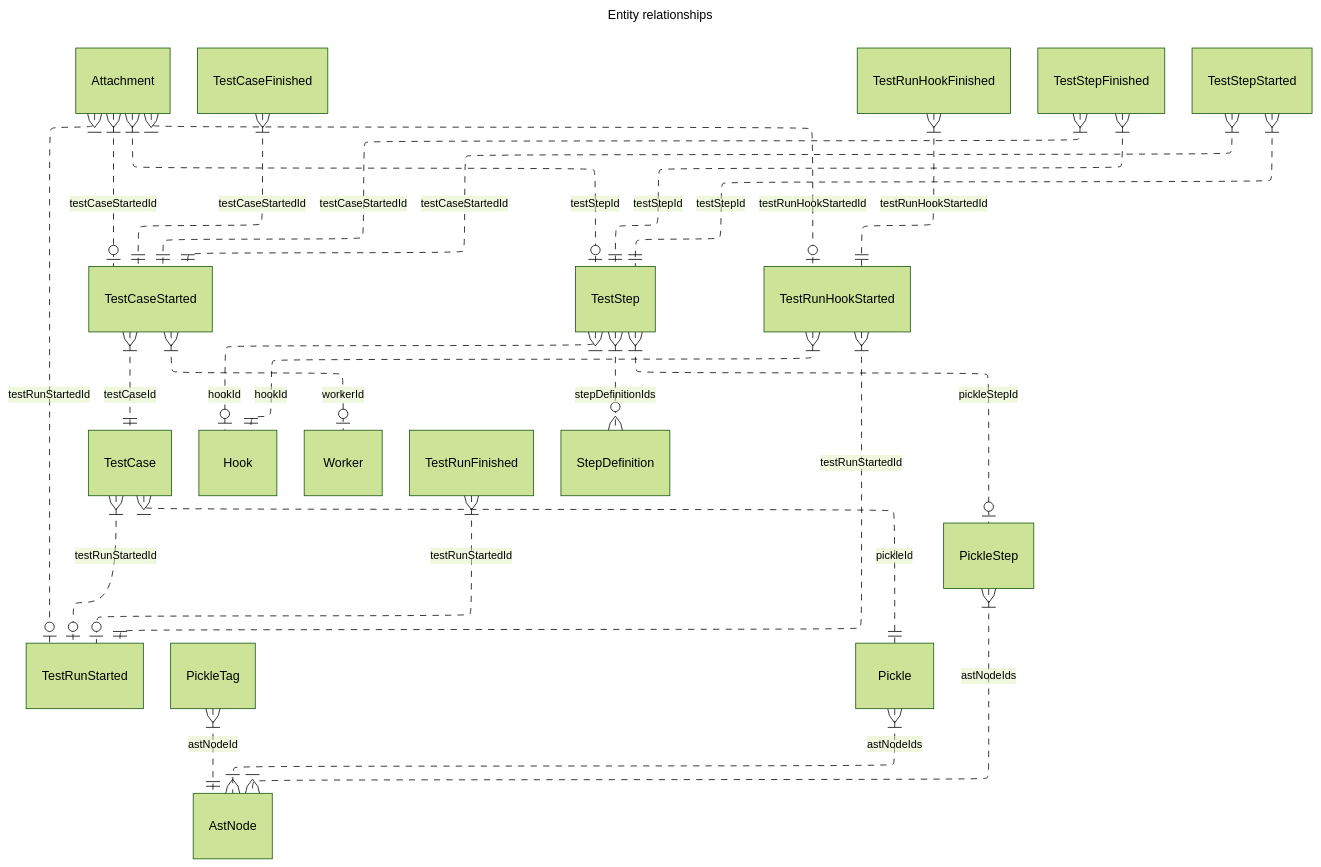
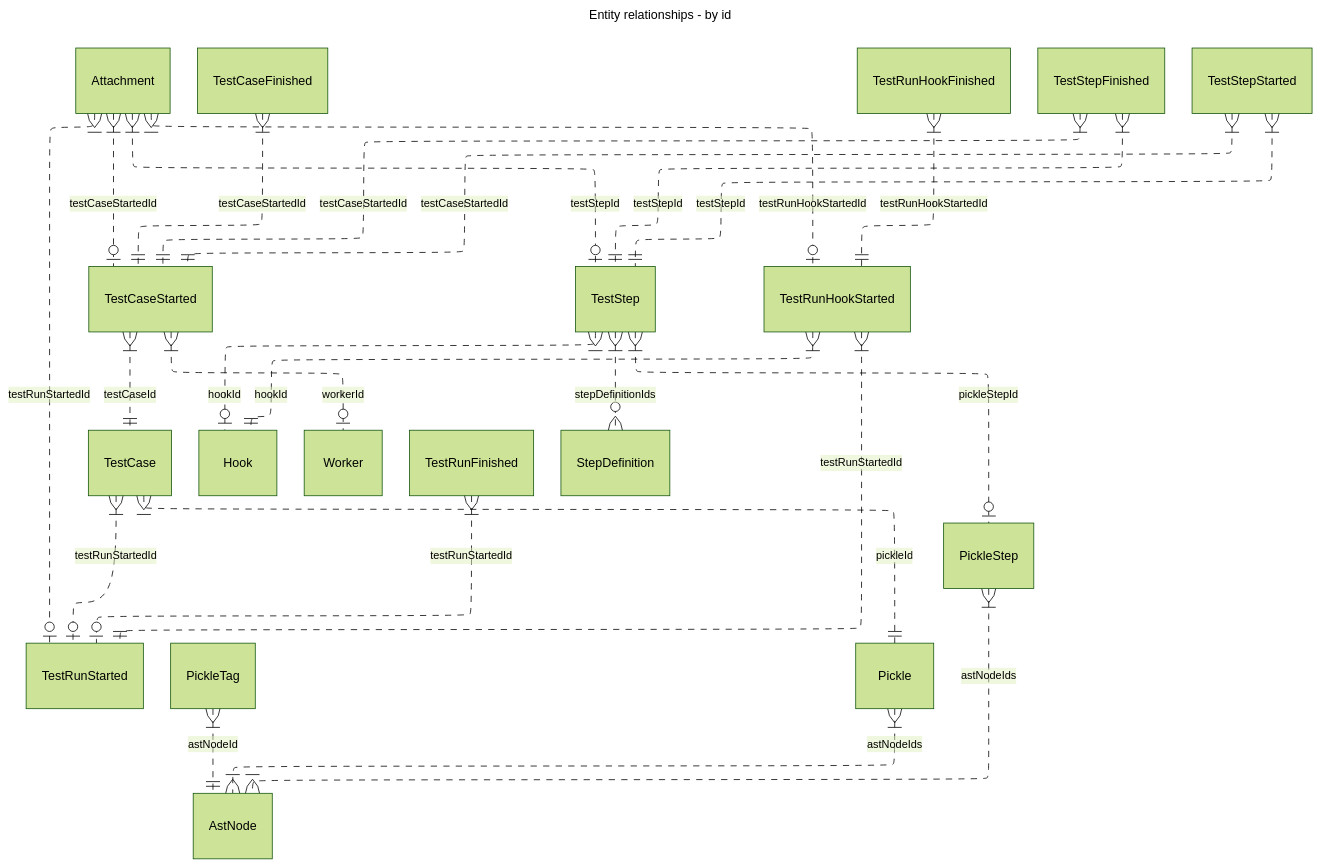
Before and after one commit to cucumber/messages: the first of 2 diagrams in jsonschema/relations.md, drawn with Mermaid (forest theme). The commit also changed other lines of this file and 1 other file, not shown here.

Commit message:
Generate entity relationship diagram

````diff
--- a/jsonschema/relations.md
+++ b/jsonschema/relations.md
@@ -7,58 +7,58 @@
 ```mermaid
 ---
-title: Entity relationships  
+title: Entity relationships  - by id
 config:
     layout: elk
 ---
 erDiagram
 
 Attachment }|..o|  TestCaseStarted: testCaseStartedId 
 
 Attachment }|..o|  TestStep: testStepId 
 
 Attachment }|..o|  TestRunStarted: testRunStartedId 
 
 Attachment }|..o|  TestRunHookStarted: testRunHookStartedId 
 
 PickleTag }|..||  AstNode: astNodeId 
 
 TestCase }|..||  Pickle: pickleId 
 
 TestCase }|..o|  TestRunStarted: testRunStartedId 
 
 TestStep }|..o|  Hook: hookId 
 
 TestStep }|..o|  PickleStep: pickleStepId 
 
 TestCaseFinished }|..||  TestCaseStarted: testCaseStartedId 
 
 TestCaseStarted }|..||  TestCase: testCaseId 
 
 TestCaseStarted }|..o|  Worker: workerId 
 
 TestRunFinished }|..o|  TestRunStarted: testRunStartedId 
 
 TestRunHookFinished }|..||  TestRunHookStarted: testRunHookStartedId 
 
 TestRunHookStarted }|..||  TestRunStarted: testRunStartedId 
 
 TestRunHookStarted }|..||  Hook: hookId 
 
 TestStepFinished }|..||  TestCaseStarted: testCaseStartedId 
 
 TestStepFinished }|..||  TestStep: testStepId 
 
 TestStepStarted }|..||  TestCaseStarted: testCaseStartedId 
 
 TestStepStarted }|..||  TestStep: testStepId 
 
 
 
 
 Pickle }|..|{  AstNode: astNodeIds 
 
 PickleStep }|..|{  AstNode: astNodeIds 
 
 TestStep }|..o{  StepDefinition: stepDefinitionIds 
 
 ```
````
